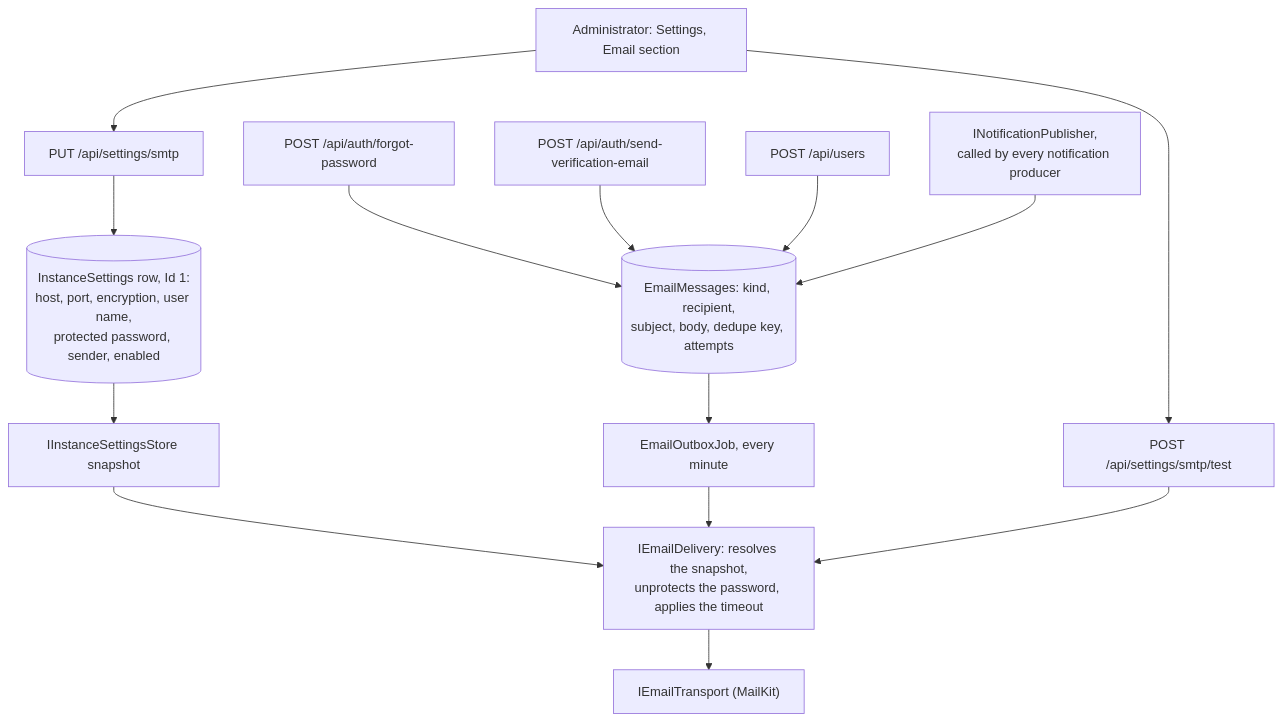
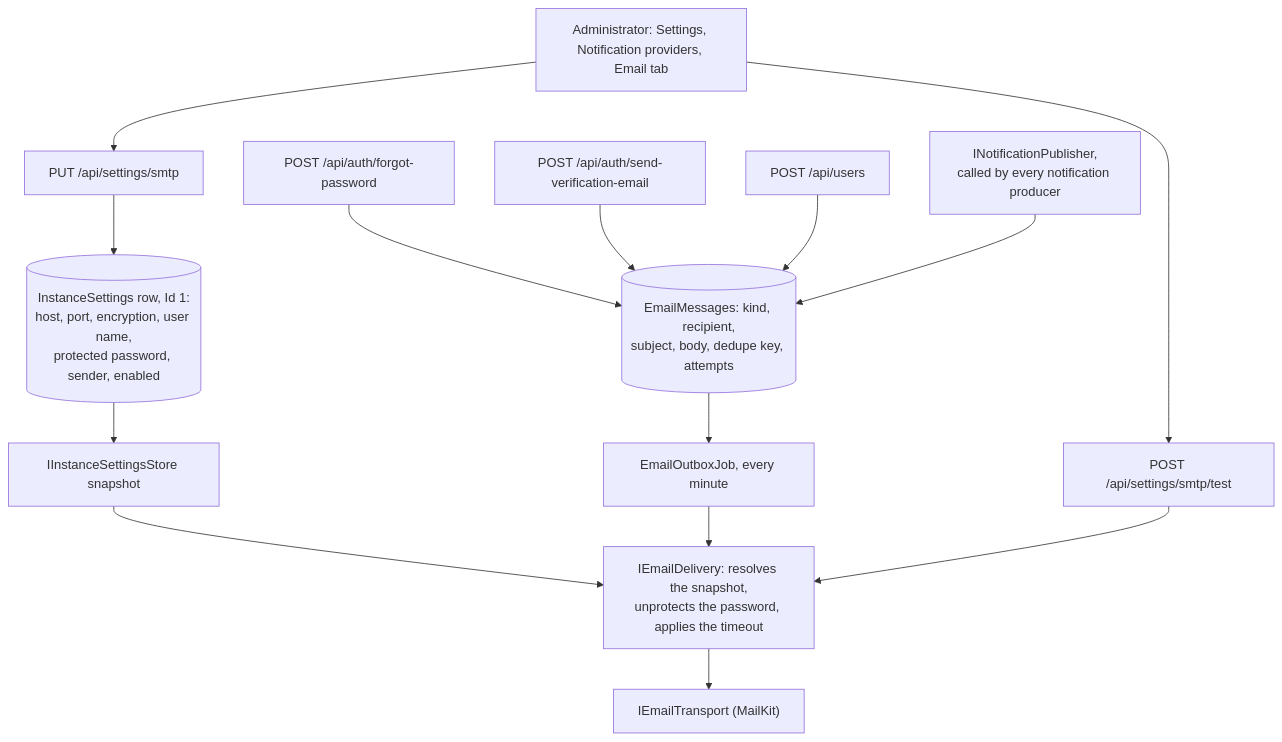
The first of 4 diagrams in docs/features/email.md (Justxs/Jx-Finance), drawn with Mermaid before and after one commit. The commit also changed other lines of this file and 196 other files, not shown here.

````diff
--- a/docs/features/email.md
+++ b/docs/features/email.md
@@ -15,16 +15,16 @@
 ```mermaid
 flowchart TD
-    Admin["Administrator: Settings, Email section"] --> Save["PUT /api/settings/smtp"]
+    Admin["Administrator: Settings, Notification providers, Email tab"] --> Save["PUT /api/settings/smtp"]
     Save --> Row[("InstanceSettings row, Id 1:<br/>host, port, encryption, user name,<br/>protected password, sender, enabled")]
     Row --> Store["IInstanceSettingsStore snapshot"]
     Store --> Delivery["IEmailDelivery: resolves the snapshot,<br/>unprotects the password, applies the timeout"]
     Delivery --> Transport["IEmailTransport (MailKit)"]
     Reset["POST /api/auth/forgot-password"] --> Outbox
     Verify["POST /api/auth/send-verification-email"] --> Outbox
     Create["POST /api/users"] --> Outbox
     Publisher["INotificationPublisher,<br/>called by every notification producer"] --> Outbox
     Outbox[("EmailMessages: kind, recipient,<br/>subject, body, dedupe key, attempts")] --> Job["EmailOutboxJob, every minute"]
     Job --> Delivery
     Admin --> Test["POST /api/settings/smtp/test"]
     Test --> Delivery
 ```
````
